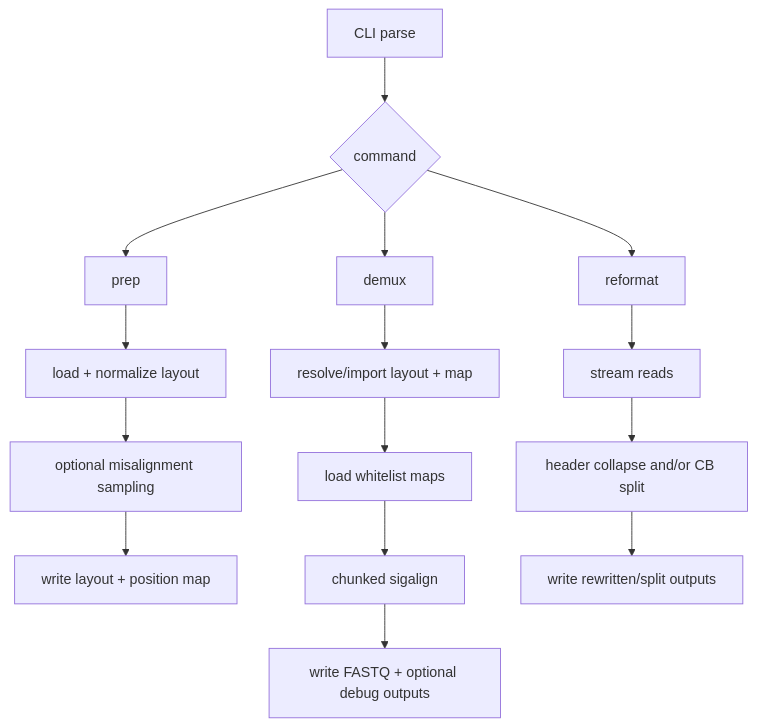
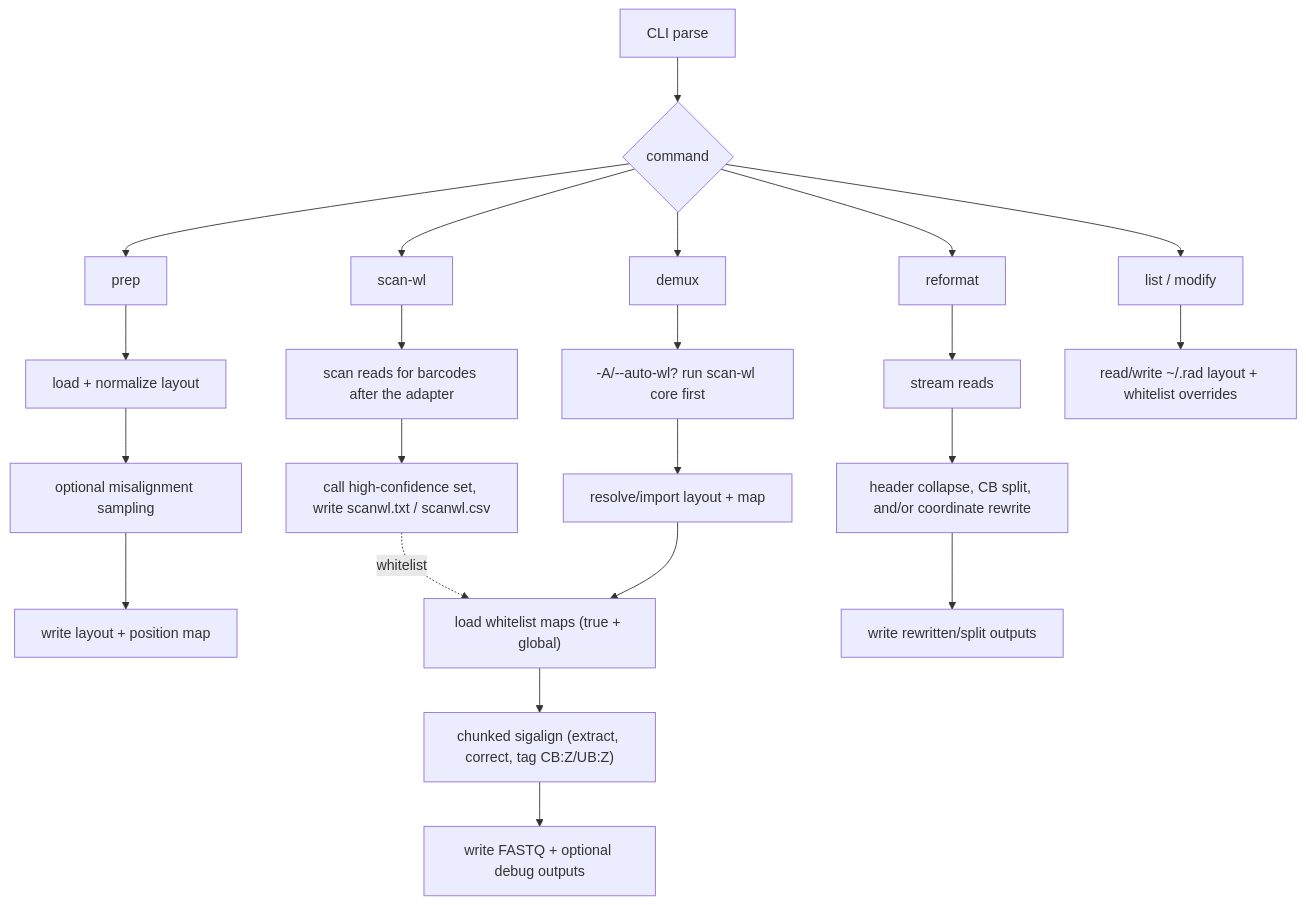
Before and after one commit to indianewok/rad: the first of 2 diagrams in docs/architecture.md, drawn with Mermaid. The commit also changed other lines of this file and 6 other files, not shown here.

````diff
--- a/docs/architecture.md
+++ b/docs/architecture.md
@@ -18,20 +24,29 @@
 ```mermaid
 flowchart TD
     A["CLI parse"] --> B{"command"}
     B --> C["prep"]
+    B --> S["scan-wl"]
     B --> D["demux"]
     B --> E["reformat"]
+    B --> M["list / modify"]
 
     C --> C1["load + normalize layout"]
     C1 --> C2["optional misalignment sampling"]
     C2 --> C3["write layout + position map"]
 
-    D --> D1["resolve/import layout + map"]
-    D1 --> D2["load whitelist maps"]
-    D2 --> D3["chunked sigalign"]
+    S --> S1["scan reads for barcodes after the adapter"]
+    S1 --> S2["call high-confidence set, write scanwl.txt / scanwl.csv"]
+    S2 -. "whitelist" .-> D2
+
+    D --> D0["-A/--auto-wl? run scan-wl core first"]
+    D0 --> D1["resolve/import layout + map"]
+    D1 --> D2["load whitelist maps (true + global)"]
+    D2 --> D3["chunked sigalign (extract, correct, tag CB:Z/UB:Z)"]
     D3 --> D4["write FASTQ + optional debug outputs"]
 
     E --> E1["stream reads"]
-    E1 --> E2["header collapse and/or CB split"]
+    E1 --> E2["header collapse, CB split, and/or coordinate rewrite"]
     E2 --> E3["write rewritten/split outputs"]
+
+    M --> M1["read/write ~/.rad layout + whitelist overrides"]
 ```
````
